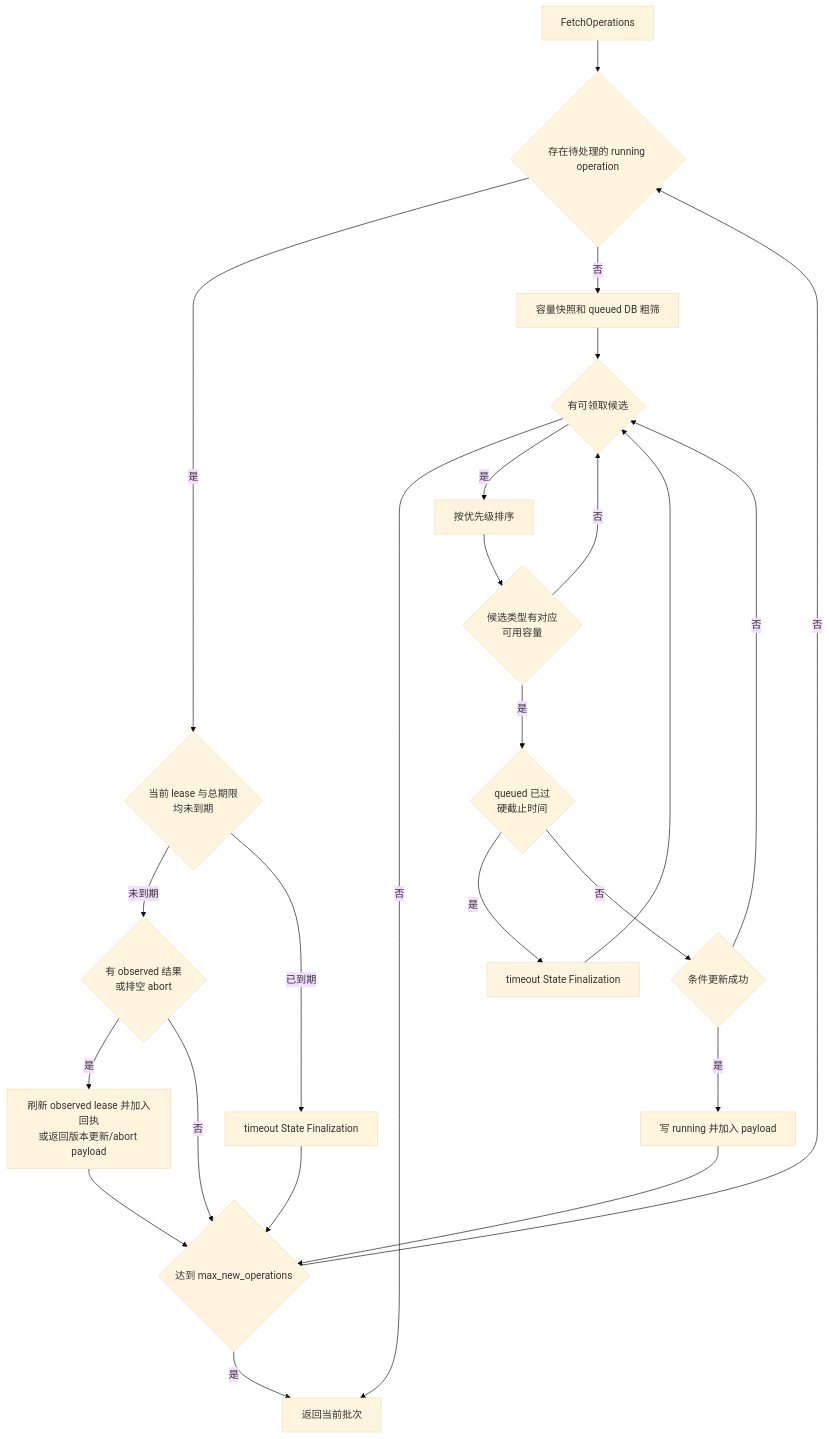
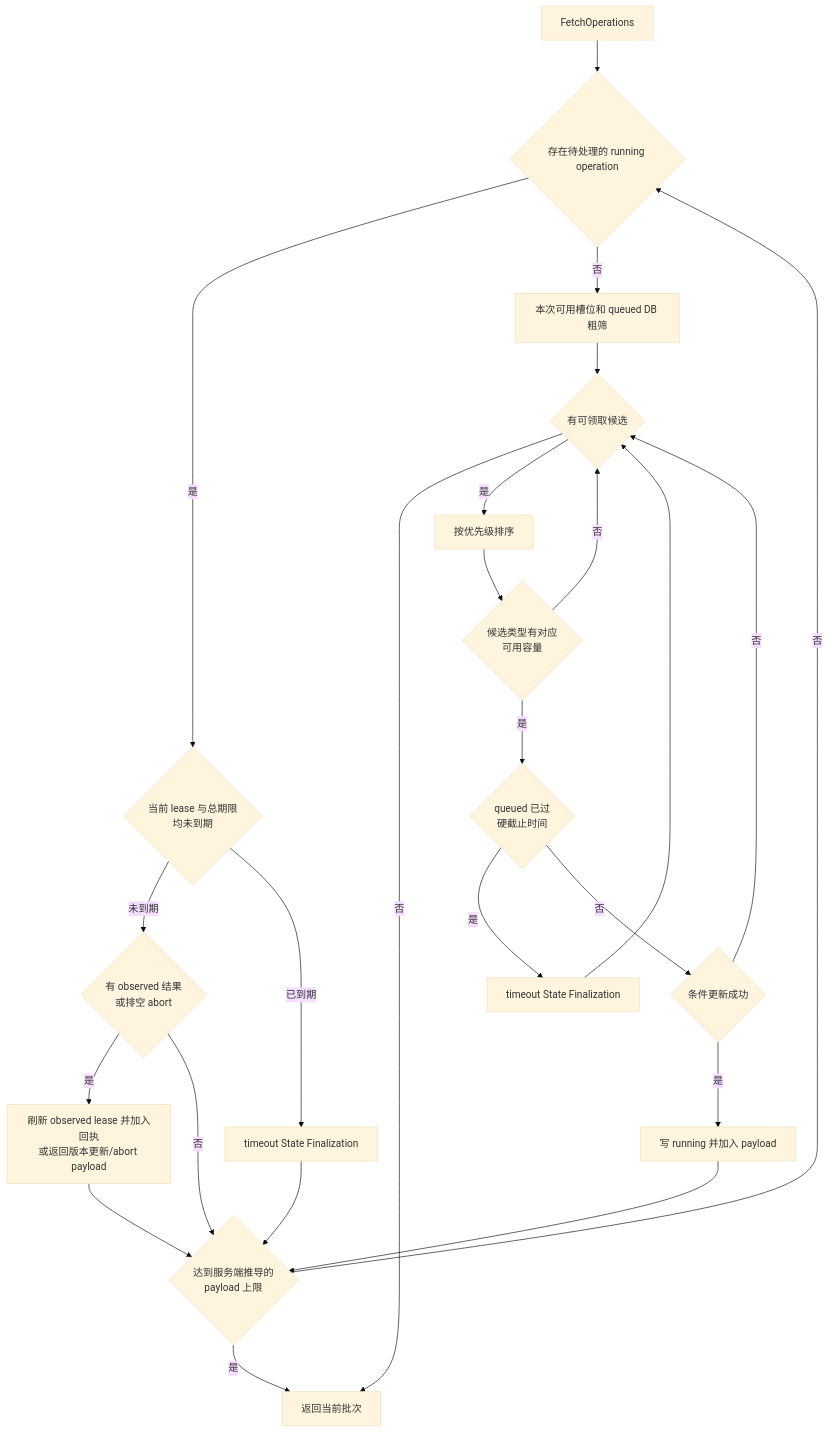
One commit to ExplodingDragon/gitea-dev changed the third of 9 diagrams in src/state-machine.md. Above: the diagram before and after it, drawn with Mermaid (base theme). The commit also changed other lines of this file and 12 other files, not shown here.

````diff
--- a/src/state-machine.md
+++ b/src/state-machine.md
@@ -328,43 +328,43 @@
 ```mermaid
 flowchart TD
     fetch["FetchOperations"]
     recover{"存在待处理的 running operation"}
     runningDeadline{"当前 lease 与总期限<br/>均未到期"}
     runningAction{"有 observed 结果<br/>或排空 abort"}
     resend["刷新 observed lease 并加入回执<br/>或返回版本更新/abort payload"]
     runningTimeout["timeout State Finalization"]
-    limit{"达到 max_new_operations"}
-    prepare["容量快照和 queued DB 粗筛"]
+    limit{"达到服务端推导的<br/>payload 上限"}
+    prepare["本次可用槽位和 queued DB 粗筛"]
     filter{"有可领取候选"}
     sort["按优先级排序"]
     capacity{"候选类型有对应<br/>可用容量"}
     queuedDeadline{"queued 已过<br/>硬截止时间"}
     queuedTimeout["timeout State Finalization"]
     claim{"条件更新成功"}
     payload["写 running 并加入 payload"]
     done["返回当前批次"]
 
     fetch --> recover
     recover -- 是 --> runningDeadline
     runningDeadline -- 未到期 --> runningAction
     runningDeadline -- 已到期 --> runningTimeout
     runningAction -- 是 --> resend
     runningAction -- 否 --> limit
     resend --> limit
     runningTimeout --> limit
     recover -- 否 --> prepare
     limit -- 是 --> done
     limit -- 否 --> recover
     prepare --> filter
     filter -- 否 --> done
     filter -- 是 --> sort
     sort --> capacity
     capacity -- 否 --> filter
     capacity -- 是 --> queuedDeadline
     queuedDeadline -- 是 --> queuedTimeout
     queuedTimeout --> filter
     queuedDeadline -- 否 --> claim
     claim -- 否 --> filter
     claim -- 是 --> payload
     payload --> limit
 ```
````
